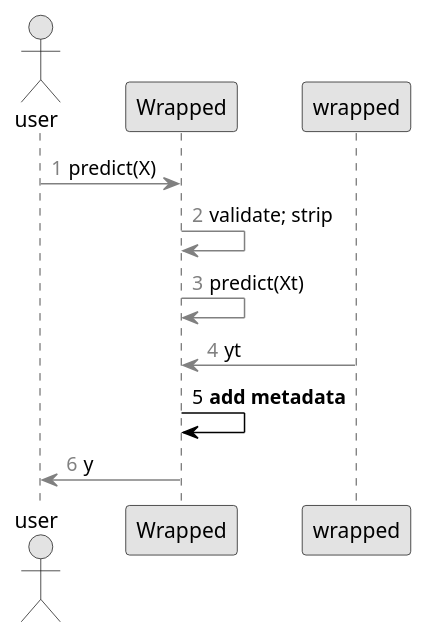
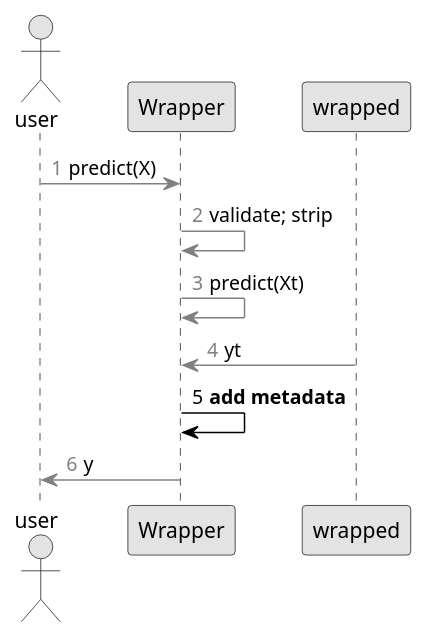
One commit to atavory/atavory.github.io changed the diagram in ibex_pres/wrapper_wrapped_delegation_seq_five.plantuml. Above: the diagram before and after it, drawn with PlantUML. The commit also changed 19 other files, not shown here.

```diff
--- a/ibex_pres/wrapper_wrapped_delegation_seq_five.plantuml
+++ b/ibex_pres/wrapper_wrapped_delegation_seq_five.plantuml
@@ -1,22 +1,22 @@
 @startuml
 
 skinparam monochrome true
 skinparam shadowing false
 
 actor user
 
-participant Wrapped
+participant Wrapper
 
 participant wrapped
 
 autonumber 1 "<font color=grey>"
-user -[#grey]> Wrapped : predict(X)
-Wrapped -[#grey]> Wrapped : validate; strip
-Wrapped -[#grey]> Wrapped : predict(Xt)
-wrapped -[#grey]> Wrapped : yt
+user -[#grey]> Wrapper : predict(X)
+Wrapper -[#grey]> Wrapper : validate; strip
+Wrapper -[#grey]> Wrapper : predict(Xt)
+wrapped -[#grey]> Wrapper : yt
 autonumber 5 "<font color=black>"
-Wrapped -[#black]> Wrapped : **add metadata**
+Wrapper -[#black]> Wrapper : **add metadata**
 autonumber 6 "<font color=grey>"
-Wrapped -[#grey]> user : y
+Wrapper -[#grey]> user : y
 
 @enduml
```
